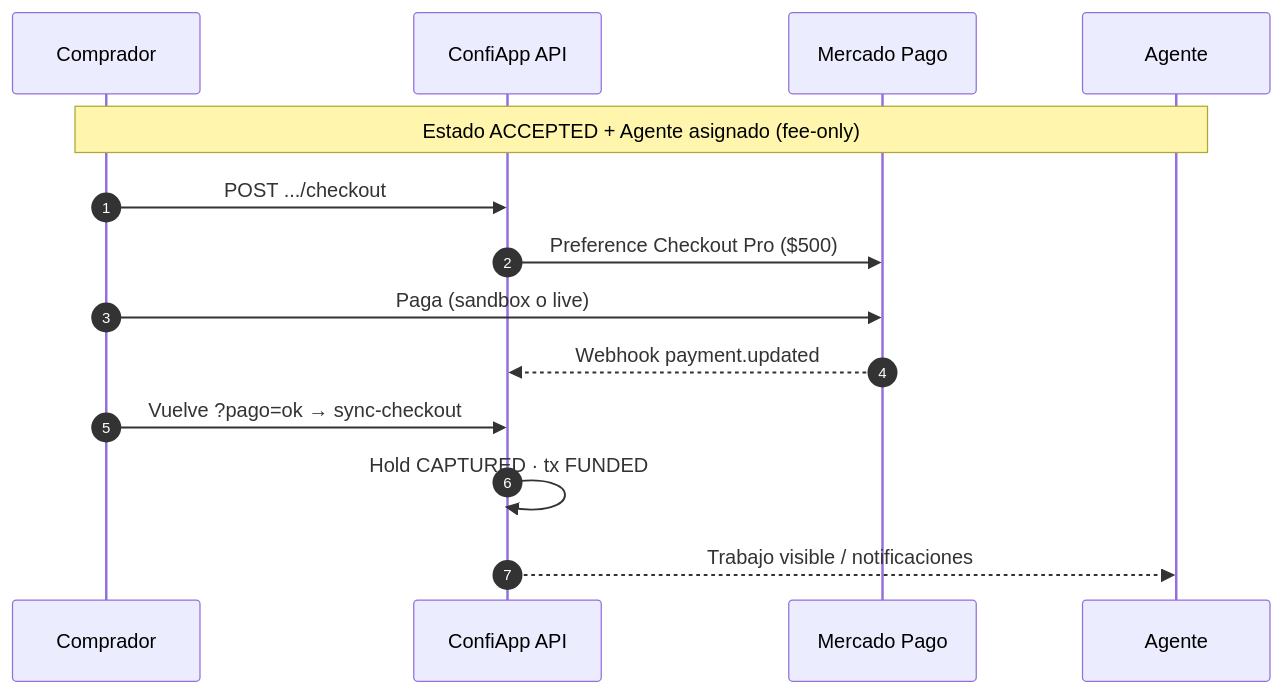
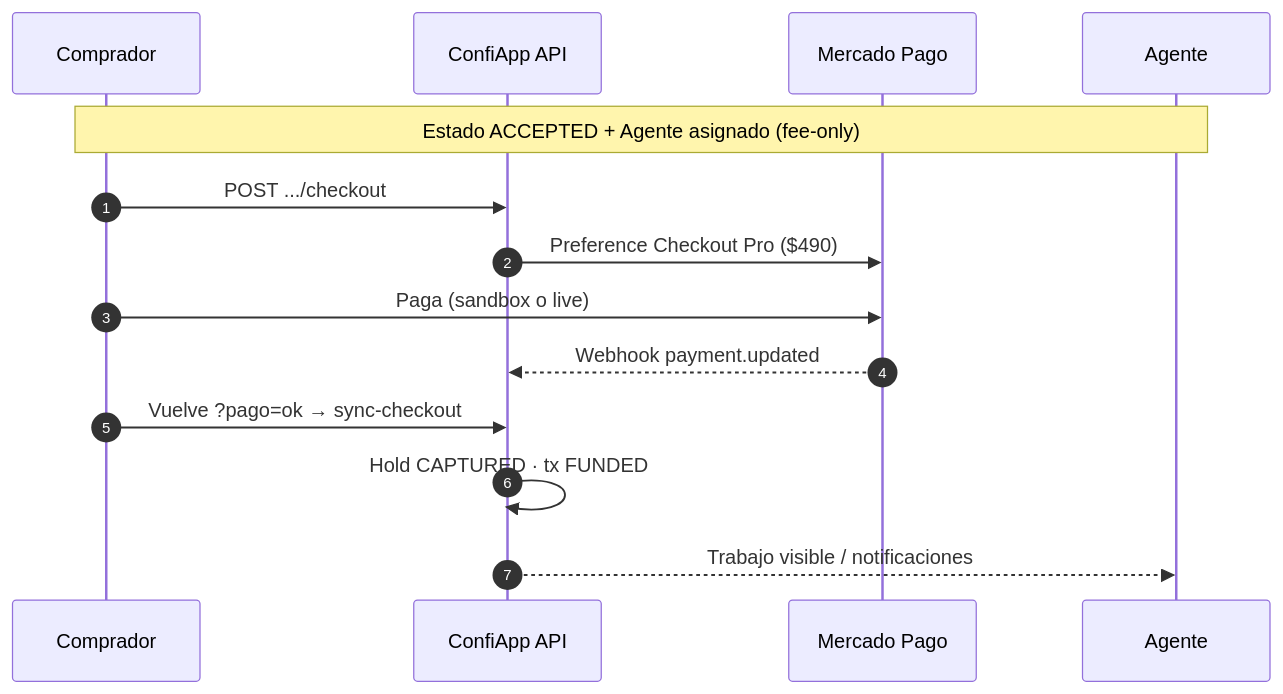
One commit to clissic/confiapp changed the fifth of 8 diagrams in docs/OPERATION_FLOWS.md. Above: the diagram before and after it, drawn with Mermaid. The commit also changed other lines of this file and 49 other files, not shown here.

````diff
--- a/docs/OPERATION_FLOWS.md
+++ b/docs/OPERATION_FLOWS.md
@@ -271,17 +271,17 @@
 ```mermaid
 sequenceDiagram
   autonumber
   participant C as Comprador
   participant App as ConfiApp API
   participant MP as Mercado Pago
   participant Ag as Agente
 
   Note over C,Ag: Estado ACCEPTED + Agente asignado (fee-only)
   C->>App: POST .../checkout
-  App->>MP: Preference Checkout Pro ($500)
+  App->>MP: Preference Checkout Pro ($490)
   C->>MP: Paga (sandbox o live)
   MP-->>App: Webhook payment.updated
   C->>App: Vuelve ?pago=ok → sync-checkout
   App->>App: Hold CAPTURED · tx FUNDED
   App-->>Ag: Trabajo visible / notificaciones
 ```
````
